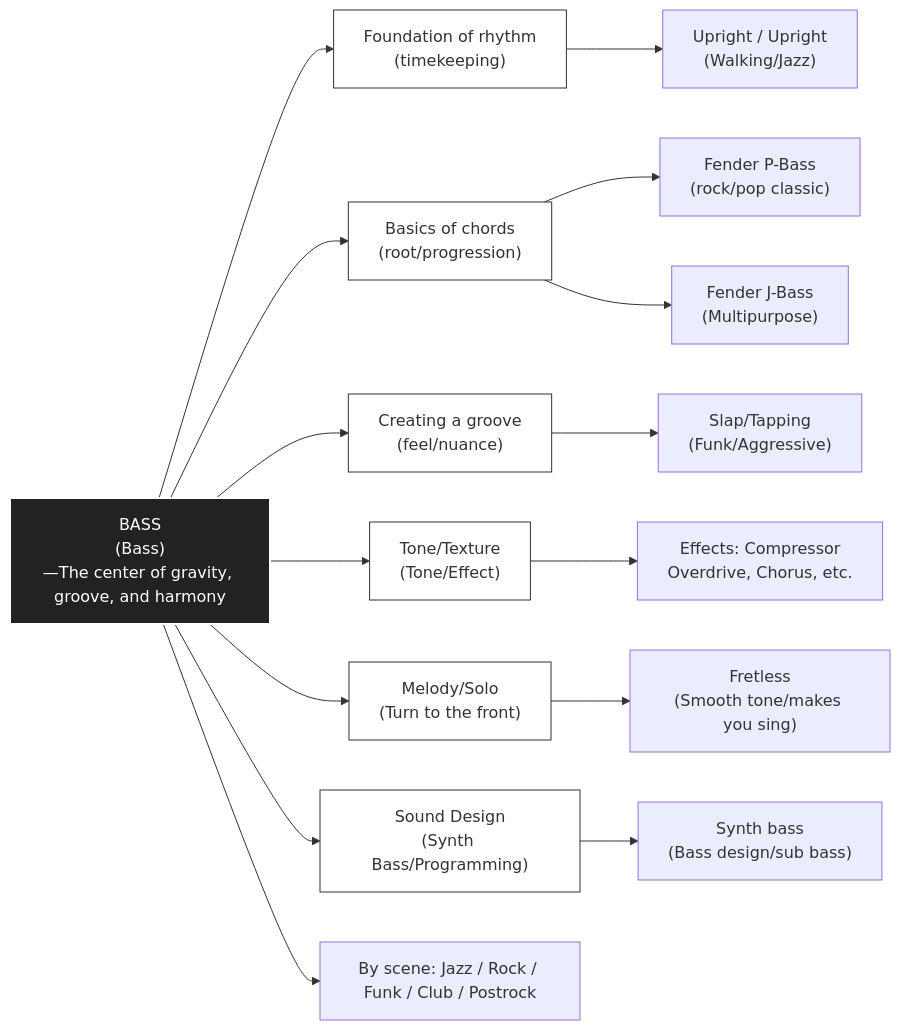
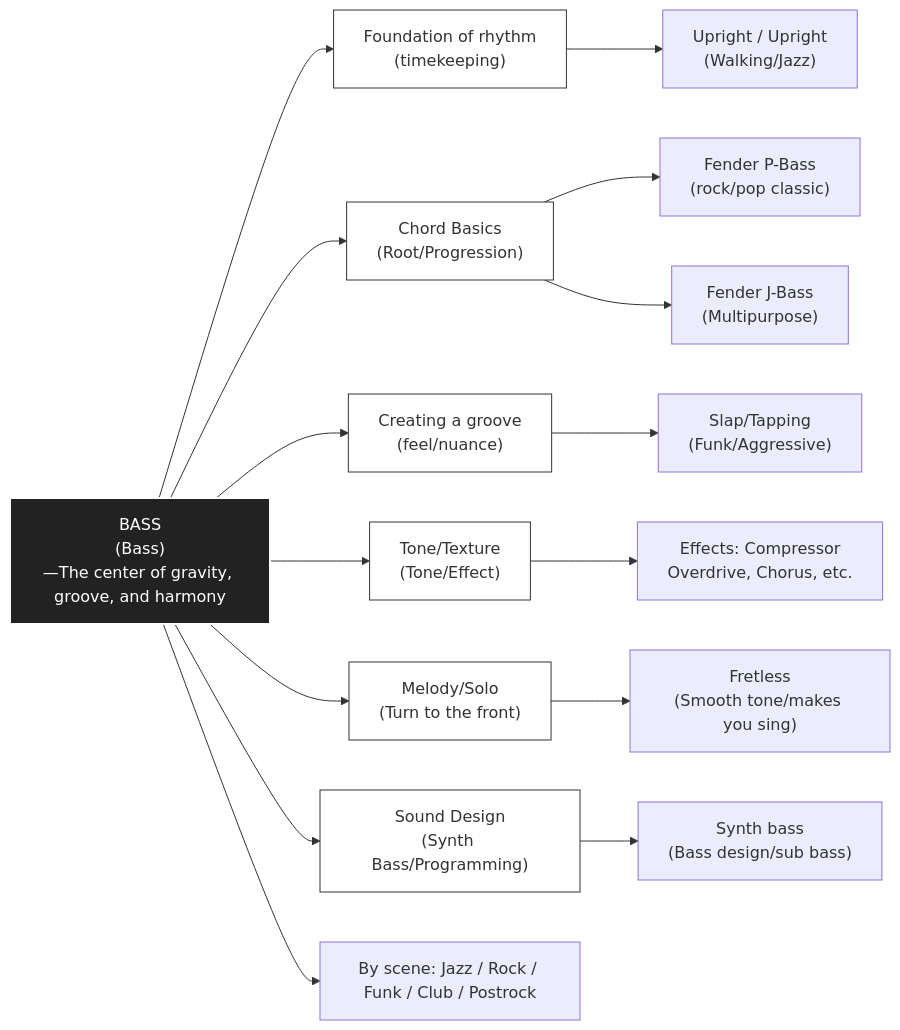
Before and after one commit to monumental-movement/monumental-movement.github.io: the second of 2 diagrams in en/_posts/2025-10-18-column-bassists.md, drawn with Mermaid. The commit also changed other lines of this file and 471 other files, not shown here.

```diff
--- a/en/_posts/2025-10-18-column-bassists.md
+++ b/en/_posts/2025-10-18-column-bassists.md
@@ -255,58 +255,58 @@
 <div class="mermaid">
 
 flowchart LR
 %% Center: Bass
 Bass["BASS\n(Bass)\n—The center of gravity, groove, and harmony"]
 
 
 %% Primary roles
 Rhythm["Foundation of rhythm\n(timekeeping)"]
-Harmony["Basics of chords\n(root/progression)"]
+Harmony["Chord Basics\n(Root/Progression)"]
 Groove["Creating a groove\n(feel/nuance)"]
 Texture["Tone/Texture\n(Tone/Effect)"]
 Lead["Melody/Solo\n(Turn to the front)"]
 Design["Sound Design\n(Synth Bass/Programming)"]
 
 
 %% Techniques/Instruments
 Upright["Upright / Upright\n(Walking/Jazz)"]
 P_Bass["Fender P-Bass\n(rock/pop classic)"]
 J_Bass["Fender J-Bass\n(Multipurpose)"]
 Fretless["Fretless\n(Smooth tone/makes you sing)"]
 Synth["Synth bass\n(Bass design/sub bass)"]
 Slap["Slap/Tapping\n(Funk/Aggressive)"]
 Effects["Effects: Compressor\nOverdrive, Chorus, etc."]
 
 
 %% Connections
 Bass --> Rhythm
 Bass --> Harmony
 Bass --> Groove
 Bass --> Texture
 Bass --> Lead
 Bass --> Design
 
 
 Groove --> Slap
 Texture --> Effects
 Design --> Synth
 Rhythm --> Upright
 Harmony --> P_Bass
 Harmony --> J_Bass
 Lead --> Fretless
 
 
 %% Context labels
 Scene1["By scene: Jazz / Rock / Funk / Club / Postrock"]
 Bass --> Scene1
 
 
 style Bass fill:#222,stroke:#fff,color:#fff,stroke-width:2px
 style Rhythm fill:#fff,stroke:#333
 style Harmony fill:#fff,stroke:#333
 style Groove fill:#fff,stroke:#333
 style Texture fill:#fff,stroke:#333
 style Lead fill:#fff,stroke:#333
 style Design fill:#fff,stroke:#333
 
 </div>
```
